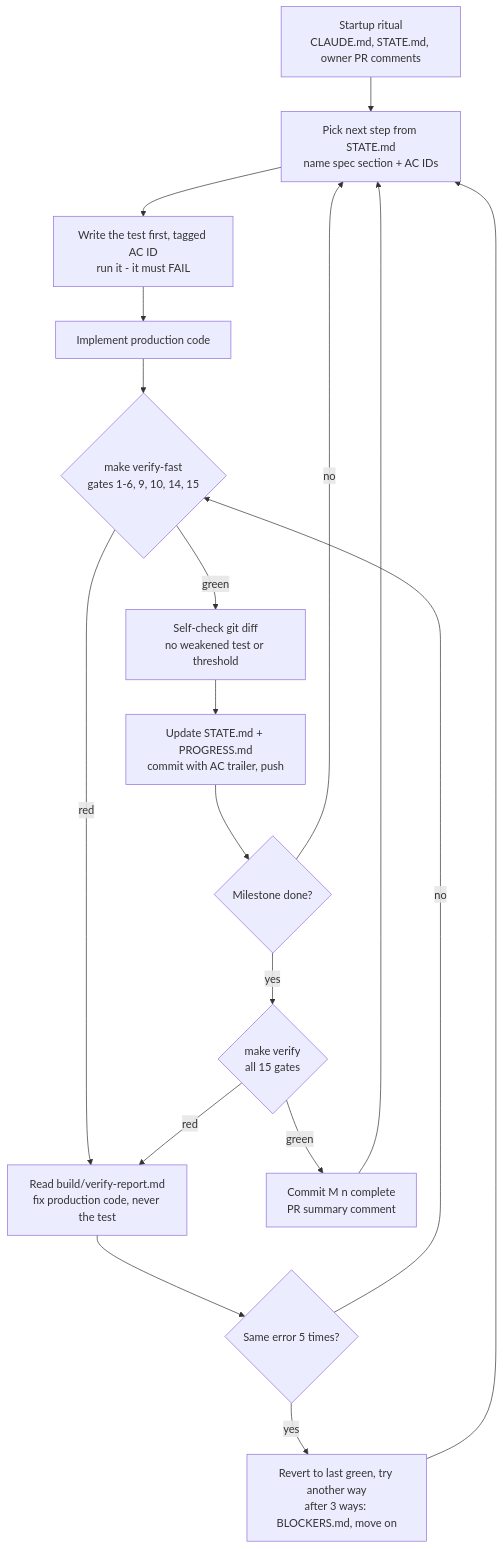
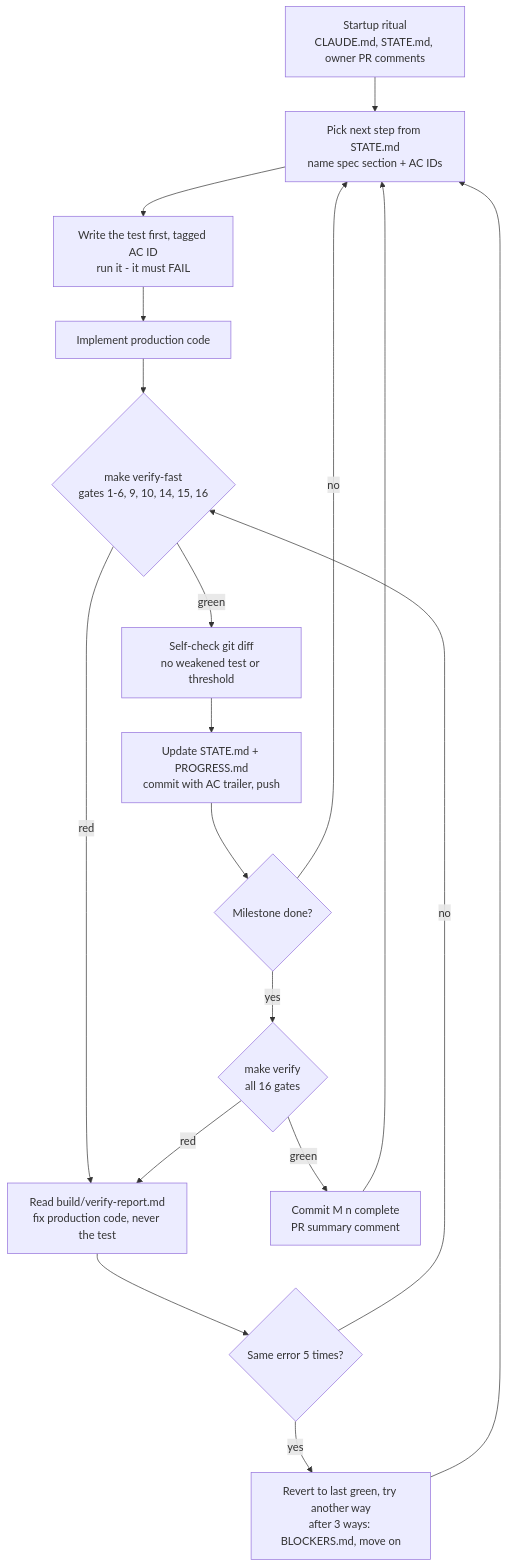
Before and after one commit to brakebg/feature-flag-system: the third of 3 diagrams in docs/VALIDATION.md, drawn with Mermaid. The commit also changed other lines of this file and 20 other files, not shown here.

````diff
--- a/docs/VALIDATION.md
+++ b/docs/VALIDATION.md
@@ -91,20 +91,20 @@
 ```mermaid
 flowchart TD
   A["Startup ritual<br/>CLAUDE.md, STATE.md, owner PR comments"] --> B["Pick next step from STATE.md<br/>name spec section + AC IDs"]
   B --> C["Write the test first, tagged AC ID<br/>run it - it must FAIL"]
   C --> D["Implement production code"]
-  D --> E{"make verify-fast<br/>gates 1-6, 9, 10, 14, 15"}
+  D --> E{"make verify-fast<br/>gates 1-6, 9, 10, 14, 15, 16"}
   E -->|red| F["Read build/verify-report.md<br/>fix production code, never the test"]
   F --> G{"Same error 5 times?"}
   G -->|no| E
   G -->|yes| H["Revert to last green, try another way<br/>after 3 ways: BLOCKERS.md, move on"]
   H --> B
   E -->|green| I["Self-check git diff<br/>no weakened test or threshold"]
   I --> J["Update STATE.md + PROGRESS.md<br/>commit with AC trailer, push"]
   J --> K{"Milestone done?"}
   K -->|no| B
-  K -->|yes| L{"make verify<br/>all 15 gates"}
+  K -->|yes| L{"make verify<br/>all 16 gates"}
   L -->|red| F
   L -->|green| M["Commit M n complete<br/>PR summary comment"]
   M --> B
 ```
````
